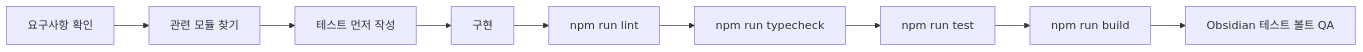
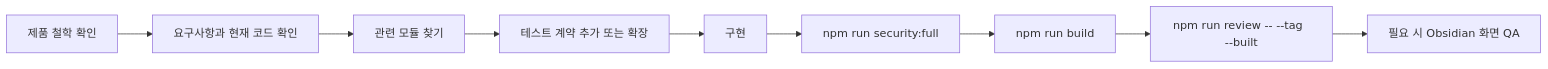
One commit to magnitus99/Superpower-Inside changed the first of 2 diagrams in docs/README_FOR_DEV.md. Above: the diagram before and after it, drawn with Mermaid. The commit also changed other lines of this file and 7 other files, not shown here.

````diff
--- a/docs/README_FOR_DEV.md
+++ b/docs/README_FOR_DEV.md
@@ -7,11 +7,11 @@
 ```mermaid
 flowchart LR
-    A["요구사항 확인"] --> B["관련 모듈 찾기"]
-    B --> C["테스트 먼저 작성"]
-    C --> D["구현"]
-    D --> E["npm run lint"]
-    E --> F["npm run typecheck"]
-    F --> G["npm run test"]
-    G --> H["npm run build"]
-    H --> I["Obsidian 테스트 볼트 QA"]
+    A["제품 철학 확인"] --> B["요구사항과 현재 코드 확인"]
+    B --> C["관련 모듈 찾기"]
+    C --> D["테스트 계약 추가 또는 확장"]
+    D --> E["구현"]
+    E --> F["npm run security:full"]
+    F --> G["npm run build"]
+    G --> H["npm run review -- --tag <version> --built"]
+    H --> I["필요 시 Obsidian 화면 QA"]
 ```
````
